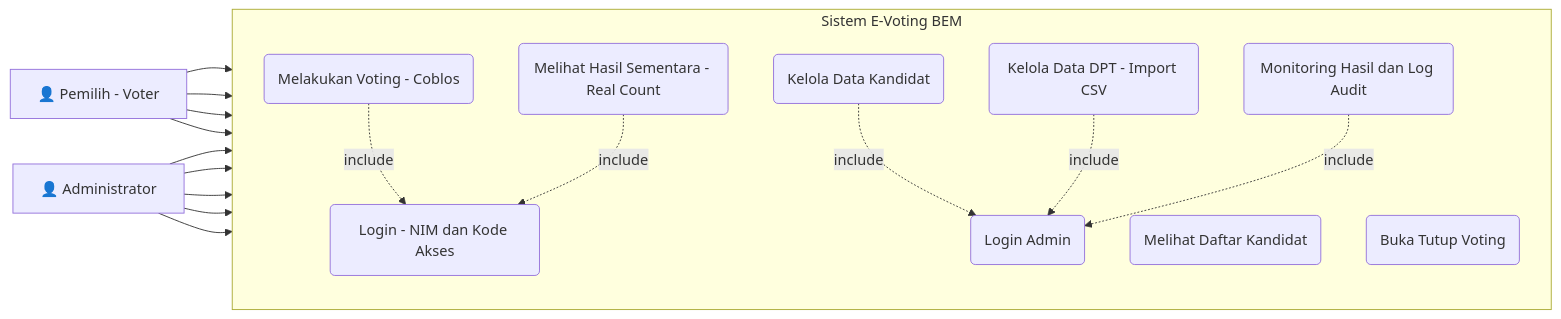
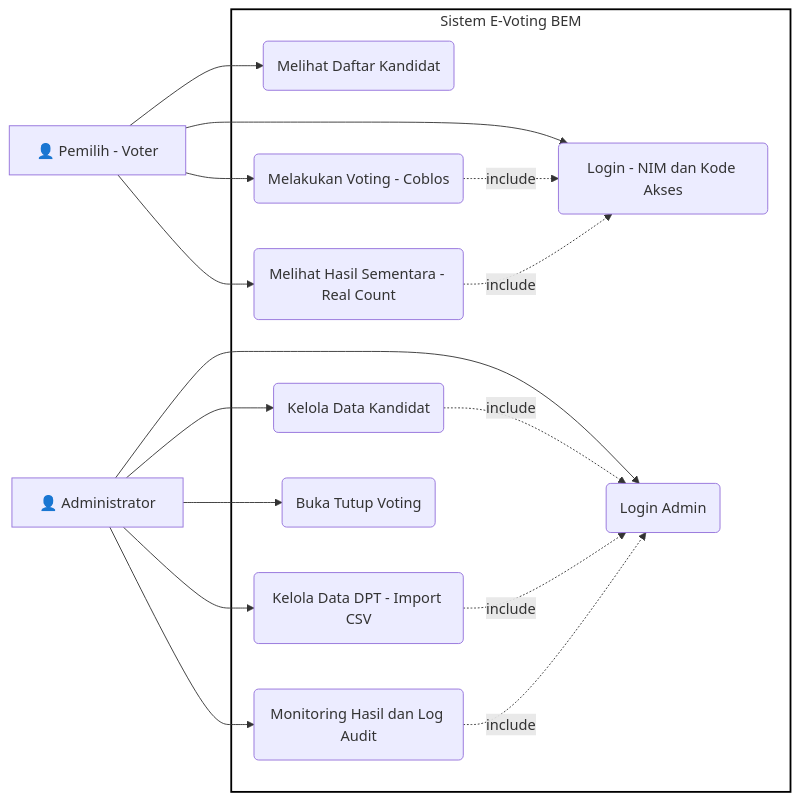
Before and after one commit to E1eng/pemira-unbara: the first of 5 diagrams in UML_DIAGRAMS.md, drawn with Mermaid.

Commit message:
Fix Mermaid Syntax

````diff
--- a/UML_DIAGRAMS.md
+++ b/UML_DIAGRAMS.md
@@ -10,36 +10,36 @@
 ```mermaid
 graph LR
     subgraph System [Sistem E-Voting BEM]
-        direction TB
         UC1(Login - NIM dan Kode Akses)
         UC2(Melihat Daftar Kandidat)
         UC3(Melakukan Voting - Coblos)
         UC4(Melihat Hasil Sementara - Real Count)
         UC5(Login Admin)
         UC6(Kelola Data Kandidat)
         UC7(Kelola Data DPT - Import CSV)
         UC8(Monitoring Hasil dan Log Audit)
         UC9(Buka Tutup Voting)
     end
+    style System fill:none,stroke:black,stroke-width:2px
 
     Voter[👤 Pemilih - Voter]
     Admin[👤 Administrator]
 
     Voter --> UC1
     Voter --> UC2
     Voter --> UC3
     Voter --> UC4
     
     Admin --> UC5
     Admin --> UC6
     Admin --> UC7
     Admin --> UC8
     Admin --> UC9
     
     %% Includes (Dependencies)
     UC3 -.->|include| UC1
     UC4 -.->|include| UC1
     UC6 -.->|include| UC5
     UC7 -.->|include| UC5
     UC8 -.->|include| UC5
 ```
````
